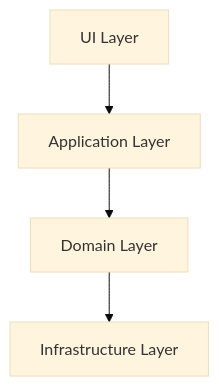
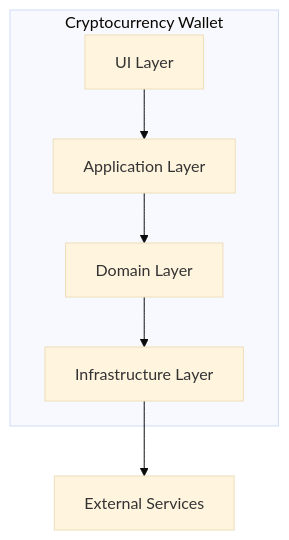
The first of 4 diagrams in .claude/agents/system-design-agent.md (erickherrera/CriptoGualet), drawn with Mermaid (base theme) before and after one commit. The commit also changed other lines of this file and 14 other files, not shown here.

````diff
--- a/.claude/agents/system-design-agent.md
+++ b/.claude/agents/system-design-agent.md
@@ -58,6 +76,14 @@
 ```mermaid
-graph TD
-    A[UI Layer] --> B[Application Layer]
-    B --> C[Domain Layer]
-    C --> D[Infrastructure Layer]
+graph TB
+    subgraph "Cryptocurrency Wallet"
+        UI[UI Layer]
+        App[Application Layer]
+        Domain[Domain Layer]
+        Infra[Infrastructure Layer]
+    end
+    
+    UI --> App
+    App --> Domain
+    Domain --> Infra
+    Infra --> External[External Services]
 ```
````
